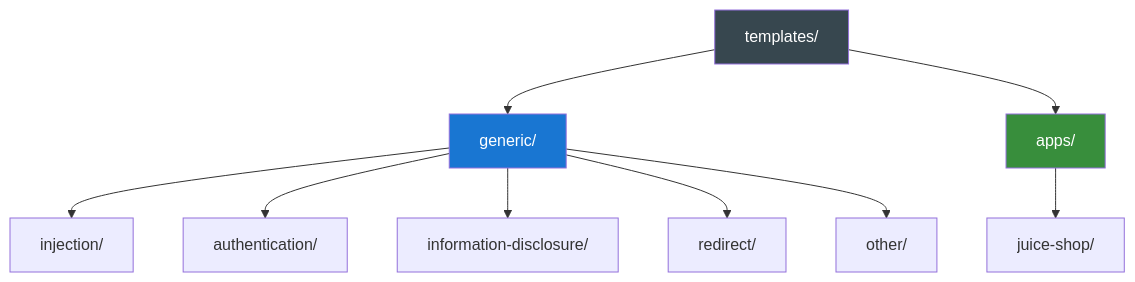
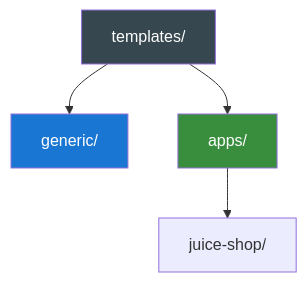
The third of 4 diagrams in docs/architecture.md (lacatu5/squeezer-project), drawn with Mermaid before and after one commit. The commit also changed other lines of this file, not shown here.

Commit message:
fix: Update architecture documentation with correct file paths and template schema

````diff
--- a/docs/architecture.md
+++ b/docs/architecture.md
@@ -153,29 +153,17 @@
 ```mermaid
 graph TD
     Root[templates/]
     Generic[generic/]
     Apps[apps/]
 
-    Inj[injection/]
-    Auth[authentication/]
-    Info[information-disclosure/]
-    Red[redirect/]
-    Other[other/]
-
     Juice[juice-shop/]
 
     Root --> Generic
     Root --> Apps
-
-    Generic --> Inj
-    Generic --> Auth
-    Generic --> Info
-    Generic --> Red
-    Generic --> Other
 
     Apps --> Juice
 
     style Root fill:#37474f,color:#fff
     style Generic fill:#1976d2,color:#fff
     style Apps fill:#388e3c,color:#fff
 ```
````
